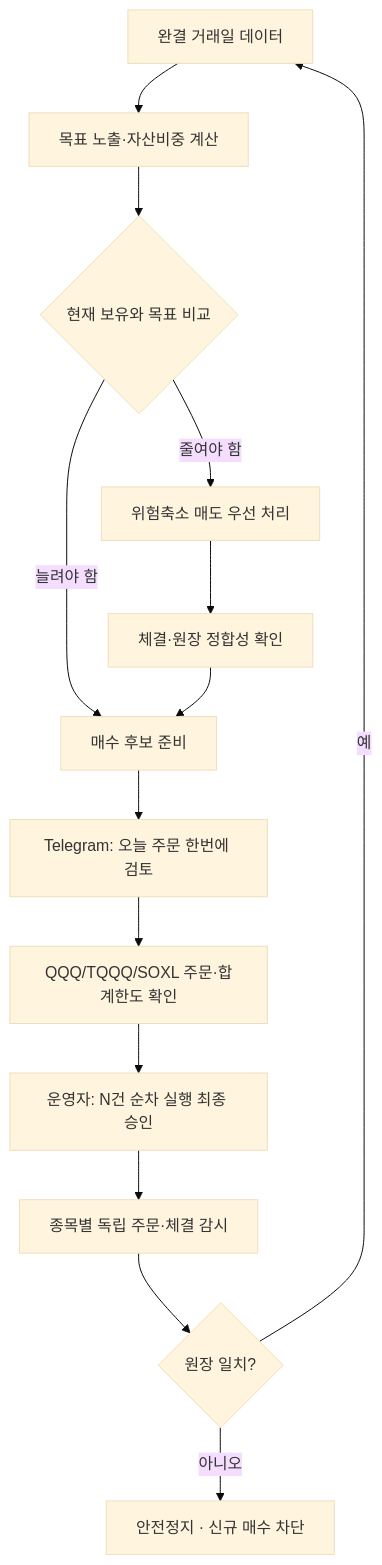
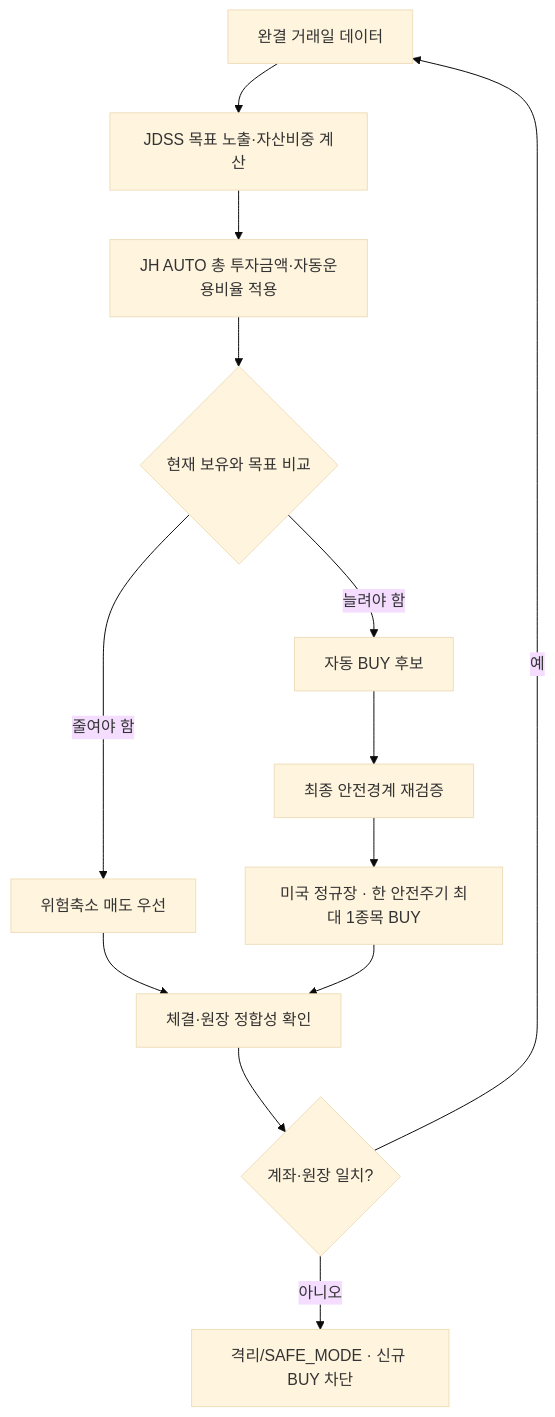
One commit to hwanff11/JH_HOLDINGS changed the diagram in docs/ONE_PAGE_REPORT.md. Above: the diagram before and after it, drawn with Mermaid (base theme). The commit also changed other lines of this file and 9 other files, not shown here.

````diff
--- a/docs/ONE_PAGE_REPORT.md
+++ b/docs/ONE_PAGE_REPORT.md
@@ -64,16 +81,15 @@
 ```mermaid
 flowchart TD
-    A["완결 거래일 데이터"] --> B["목표 노출·자산비중 계산"]
-    B --> C{"현재 보유와 목표 비교"}
-    C -->|"줄여야 함"| D["위험축소 매도 우선 처리"]
-    D --> E["체결·원장 정합성 확인"]
-    C -->|"늘려야 함"| F["매수 후보 준비"]
-    E --> F
-    F --> G["Telegram: 오늘 주문 한번에 검토"]
-    G --> H["QQQ/TQQQ/SOXL 주문·합계한도 확인"]
-    H --> I["운영자: N건 순차 실행 최종 승인"]
-    I --> J["종목별 독립 주문·체결 감시"]
-    J --> K{"원장 일치?"}
-    K -->|"예"| A
-    K -->|"아니오"| L["안전정지 · 신규 매수 차단"]
+    A["완결 거래일 데이터"] --> B["JDSS 목표 노출·자산비중 계산"]
+    B --> C["JH AUTO 총 투자금액·자동운용비율 적용"]
+    C --> D{"현재 보유와 목표 비교"}
+    D -->|"줄여야 함"| E["위험축소 매도 우선"]
+    D -->|"늘려야 함"| F["자동 BUY 후보"]
+    E --> G["체결·원장 정합성 확인"]
+    F --> H["최종 안전경계 재검증"]
+    H --> I["미국 정규장 · 한 안전주기 최대 1종목 BUY"]
+    I --> G
+    G --> J{"계좌·원장 일치?"}
+    J -->|"예"| A
+    J -->|"아니오"| K["격리/SAFE_MODE · 신규 BUY 차단"]
 ```
````
